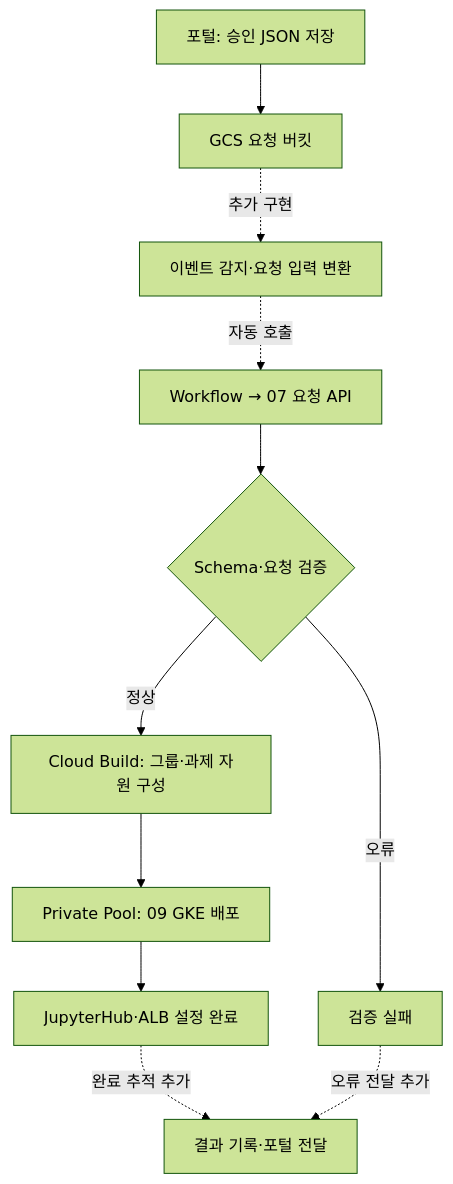
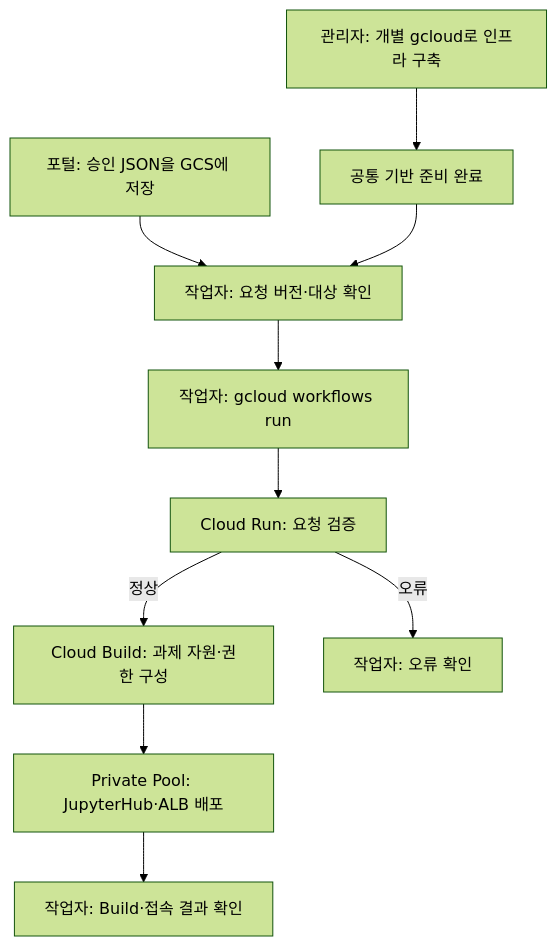
The second of 2 diagrams in 01.docs/work-order.md (sonmap/GCP_SBX_Test01), drawn with Mermaid (forest theme) before and after one commit. The commit also changed other lines of this file and 4 other files, not shown here.

````diff
--- a/01.docs/work-order.md
+++ b/01.docs/work-order.md
@@ -43,13 +43,12 @@
 ```mermaid
 flowchart TD
-    A["포털: 승인 JSON 저장"] --> B["GCS 요청 버킷"]
-    B -. 추가 구현 .-> C["이벤트 감지·요청 입력 변환"]
-    C -. 자동 호출 .-> D["Workflow → 07 요청 API"]
-    D --> E{"Schema·요청 검증"}
-    E -->|정상| F["Cloud Build: 그룹·과제 자원 구성"]
-    F --> G["Private Pool: 09 GKE 배포"]
-    G --> H["JupyterHub·ALB 설정 완료"]
-    E -->|오류| X["검증 실패"]
-    H -. 완료 추적 추가 .-> I["결과 기록·포털 전달"]
-    X -. 오류 전달 추가 .-> I
+    A["관리자: 개별 gcloud로 인프라 구축"] --> B["공통 기반 준비 완료"]
+    P["포털: 승인 JSON을 GCS에 저장"] --> C["작업자: 요청 버전·대상 확인"]
+    B --> C
+    C --> D["작업자: gcloud workflows run"]
+    D --> E["Cloud Run: 요청 검증"]
+    E -->|정상| F["Cloud Build: 과제 자원·권한 구성"]
+    F --> G["Private Pool: JupyterHub·ALB 배포"]
+    E -->|오류| X["작업자: 오류 확인"]
+    G --> H["작업자: Build·접속 결과 확인"]
 ```
````
